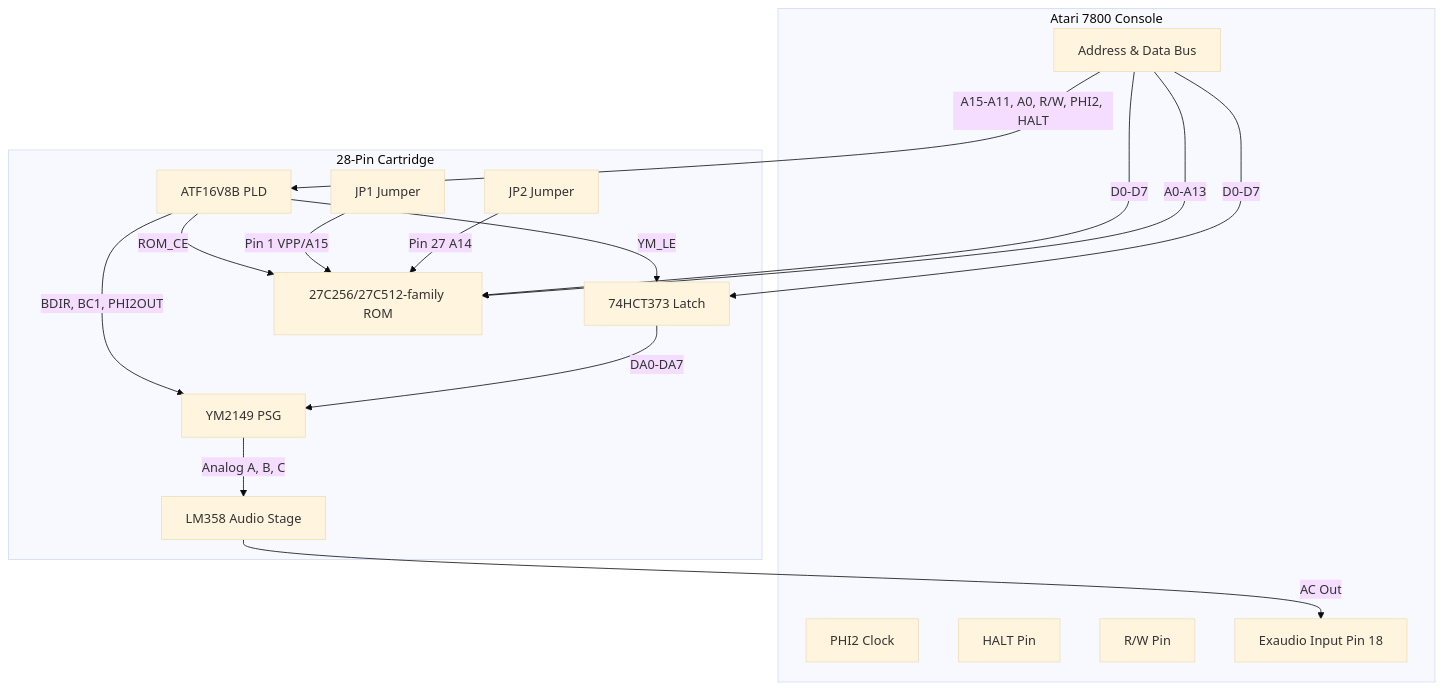
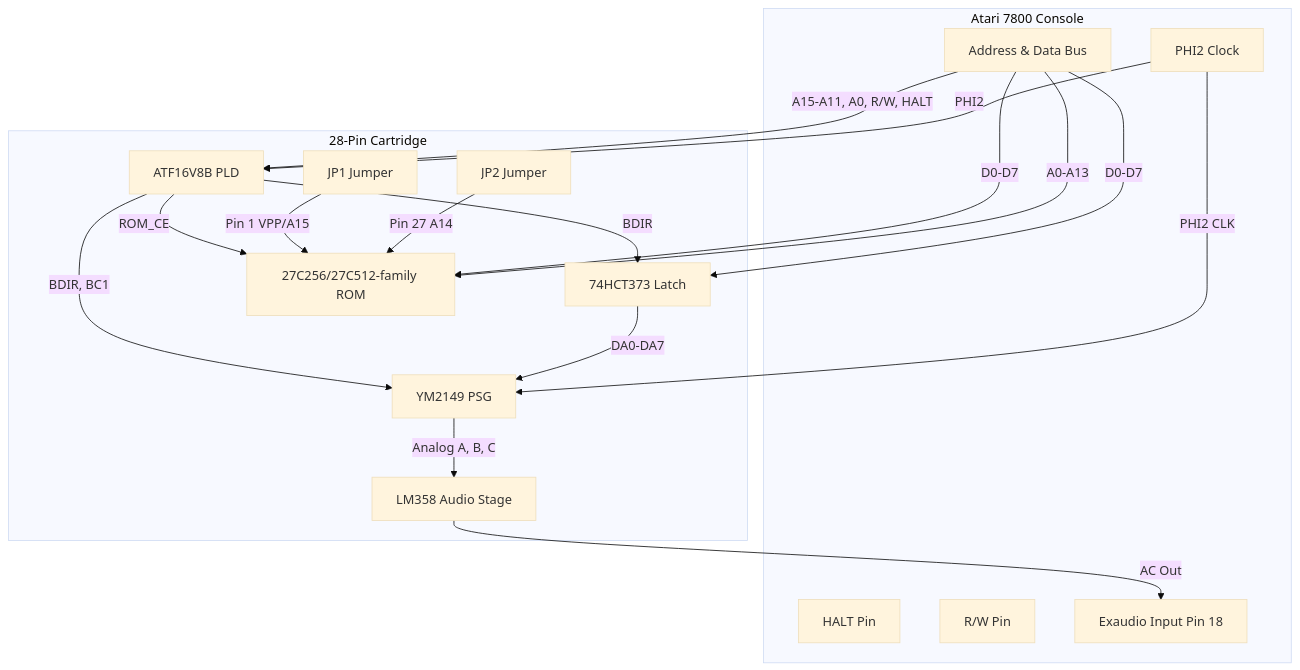
One commit to jbsohn/lokey-7800-ym2149 changed the diagram in docs/Hardware-28pin.md. Above: the diagram before and after it, drawn with Mermaid (base theme). The commit also changed other lines of this file and 10 other files, not shown here.

````diff
--- a/docs/Hardware-28pin.md
+++ b/docs/Hardware-28pin.md
@@ -34,36 +32,38 @@
 ```mermaid
 graph TD
     subgraph Atari 7800 Console
         Bus[Address & Data Bus]
         Phi2[PHI2 Clock]
         Halt[HALT Pin]
         RW[R/W Pin]
         Exaudio[Exaudio Input Pin 18]
     end
 
     subgraph 28-Pin Cartridge
         GAL[ATF16V8B PLD]
         Latch[74HCT373 Latch]
         YM[YM2149 PSG]
         ROM[27C256/27C512-family ROM]
         Mixer[LM358 Audio Stage]
         JP1[JP1 Jumper]
         JP2[JP2 Jumper]
     end
 
-    Bus -->|A15-A11, A0, R/W, PHI2, HALT| GAL
+    Bus -->|A15-A11, A0, R/W, HALT| GAL
+    Phi2 -->|PHI2| GAL
+    Phi2 -->|PHI2 CLK| YM
     Bus -->|D0-D7| Latch
     Bus -->|D0-D7| ROM
     Bus -->|A0-A13| ROM
 
     GAL -->|ROM_CE| ROM
-    GAL -->|YM_LE| Latch
-    GAL -->|BDIR, BC1, PHI2OUT| YM
+    GAL -->|BDIR| Latch
+    GAL -->|BDIR, BC1| YM
 
     Latch -->|DA0-DA7| YM
     JP1 -->|Pin 1 VPP/A15| ROM
     JP2 -->|Pin 27 A14| ROM
 
     YM -->|Analog A, B, C| Mixer
     Mixer -->|AC Out| Exaudio
 ```
````
